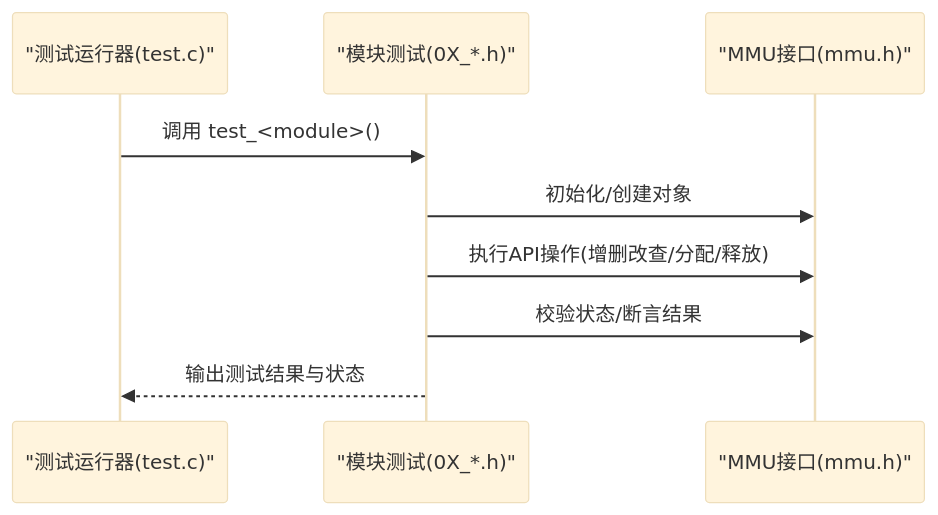
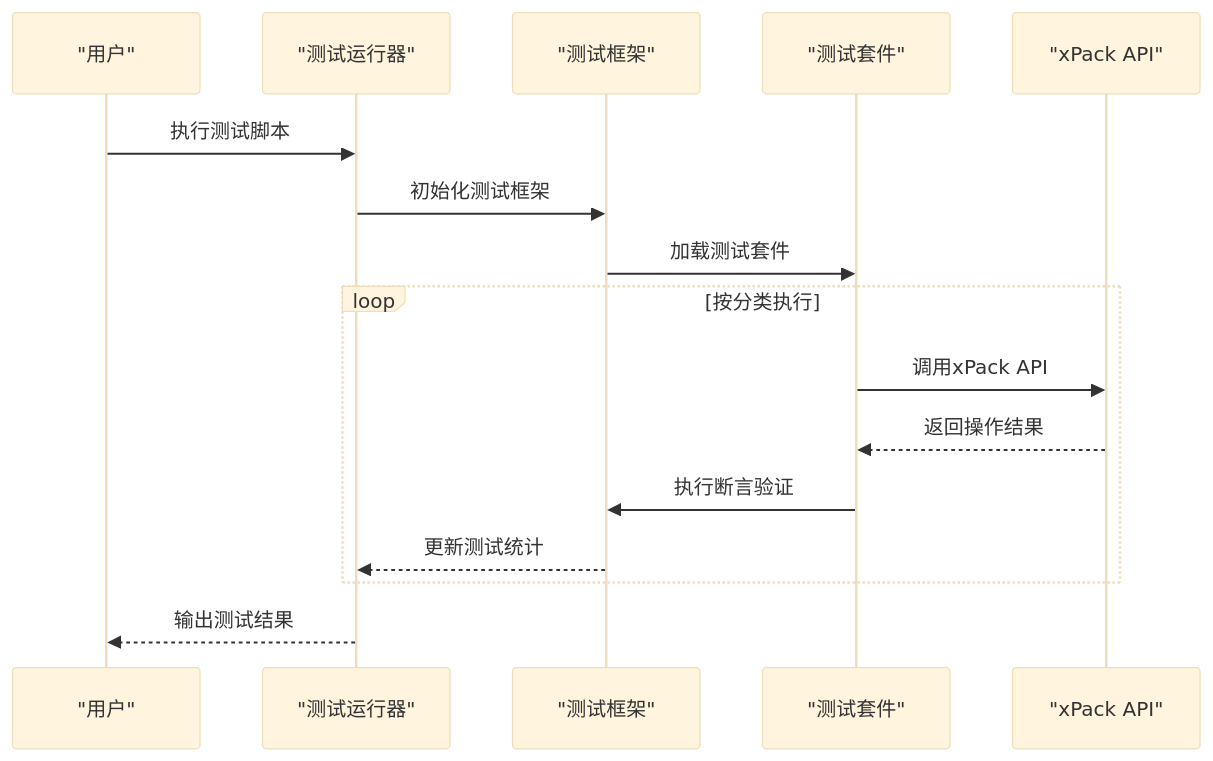
Before and after one commit to xywhsoft/xpack: the second of 4 diagrams in .qoder/repowiki/zh/content/开发者指南/测试框架.md, drawn with Mermaid (base theme). The commit also changed other lines of this file and 23 other files, not shown here.

````diff
--- a/.qoder/repowiki/zh/content/开发者指南/测试框架.md
+++ b/.qoder/repowiki/zh/content/开发者指南/测试框架.md
@@ -112,11 +116,18 @@
 ```mermaid
 sequenceDiagram
-participant Runner as "测试运行器(test.c)"
-participant Mod as "模块测试(0X_*.h)"
-participant API as "MMU接口(mmu.h)"
-Runner->>Mod : 调用 test_<module>()
-Mod->>API : 初始化/创建对象
-Mod->>API : 执行API操作(增删改查/分配/释放)
-Mod->>API : 校验状态/断言结果
-Mod-->>Runner : 输出测试结果与状态
+participant User as "用户"
+participant Runner as "测试运行器"
+participant Framework as "测试框架"
+participant TestSuite as "测试套件"
+participant API as "xPack API"
+User->>Runner : 执行测试脚本
+Runner->>Framework : 初始化测试框架
+Framework->>TestSuite : 加载测试套件
+loop 按分类执行
+TestSuite->>API : 调用xPack API
+API-->>TestSuite : 返回操作结果
+TestSuite->>Framework : 执行断言验证
+Framework-->>Runner : 更新测试统计
+end
+Runner-->>User : 输出测试结果
 ```
````
